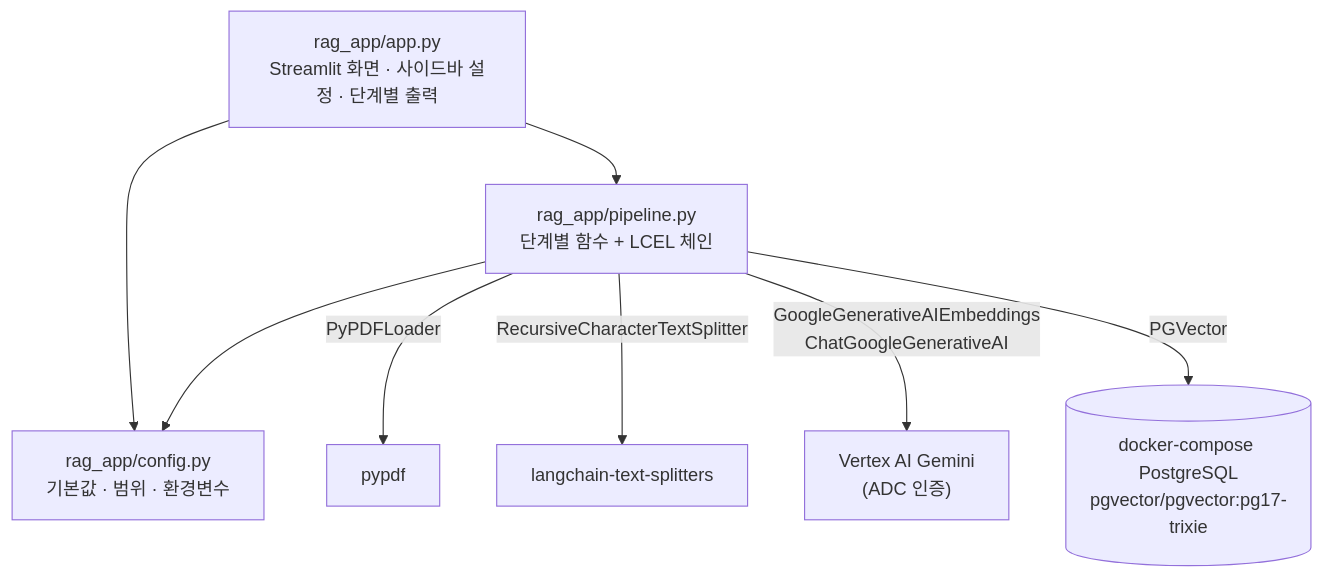
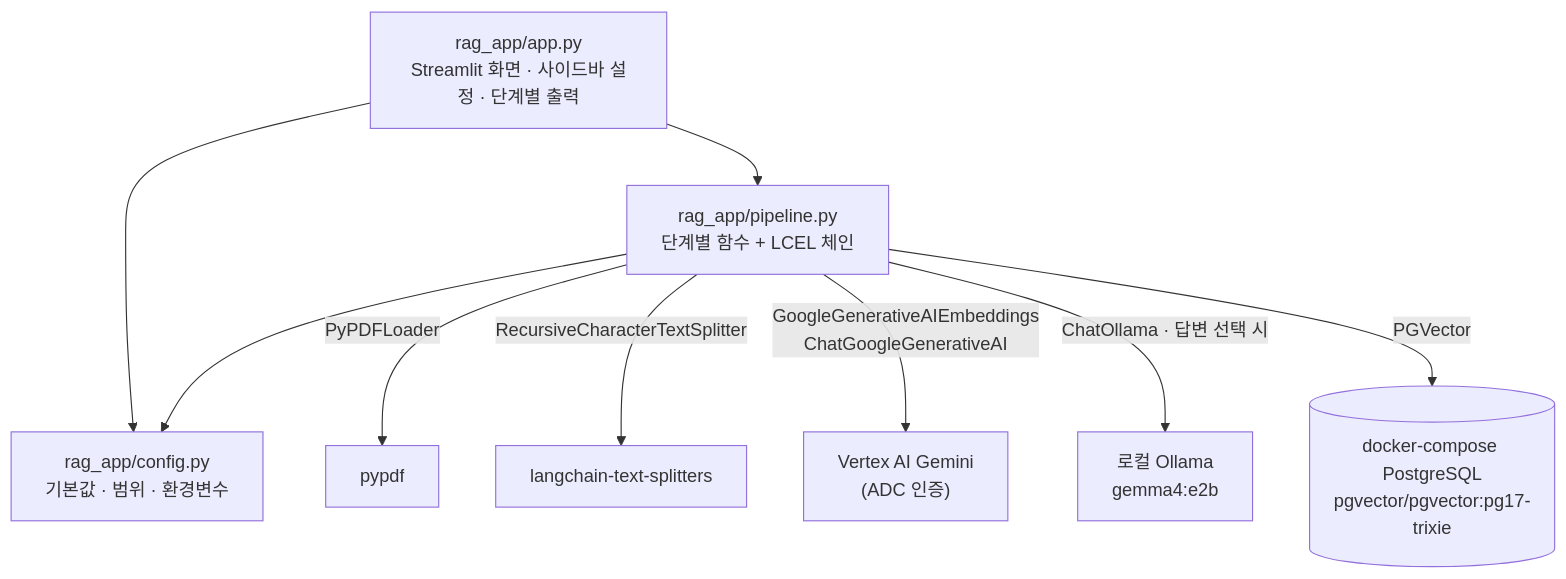
One commit to Kim-Minu/langchain-first changed the third of 6 diagrams in docs/rag-pdf-pipeline/02-design.md. Above: the diagram before and after it, drawn with Mermaid. The commit also changed other lines of this file and 5 other files, not shown here.

````diff
--- a/docs/rag-pdf-pipeline/02-design.md
+++ b/docs/rag-pdf-pipeline/02-design.md
@@ -48,15 +48,16 @@
 ```mermaid
 flowchart TB
     UI["rag_app/app.py<br/>Streamlit 화면 · 사이드바 설정 · 단계별 출력"]
     P["rag_app/pipeline.py<br/>단계별 함수 + LCEL 체인"]
     C["rag_app/config.py<br/>기본값 · 범위 · 환경변수"]
 
     UI --> P
     UI --> C
     P --> C
 
     P -->|PyPDFLoader| PDF["pypdf"]
     P -->|RecursiveCharacterTextSplitter| TS["langchain-text-splitters"]
     P -->|GoogleGenerativeAIEmbeddings<br/>ChatGoogleGenerativeAI| V["Vertex AI Gemini<br/>(ADC 인증)"]
+    P -->|ChatOllama · 답변 선택 시| O["로컬 Ollama<br/>gemma4:e2b"]
     P -->|PGVector| PG[("docker-compose PostgreSQL<br/>pgvector/pgvector:pg17-trixie")]
 ```
````
